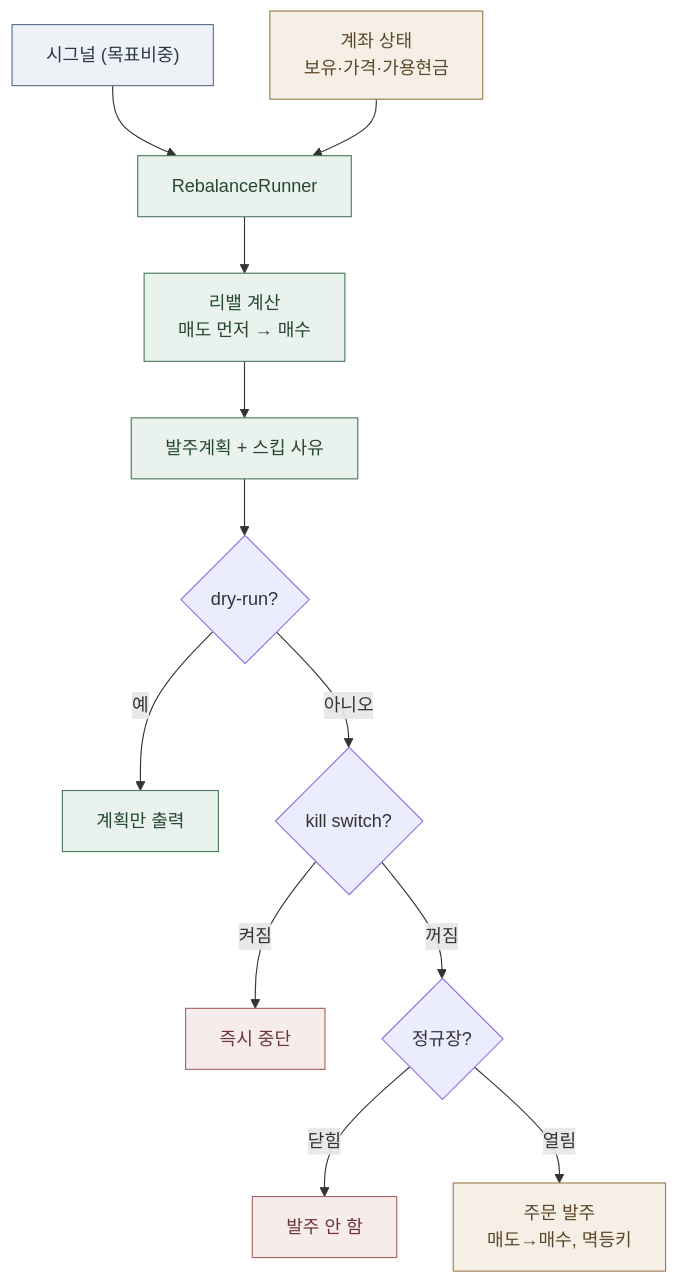
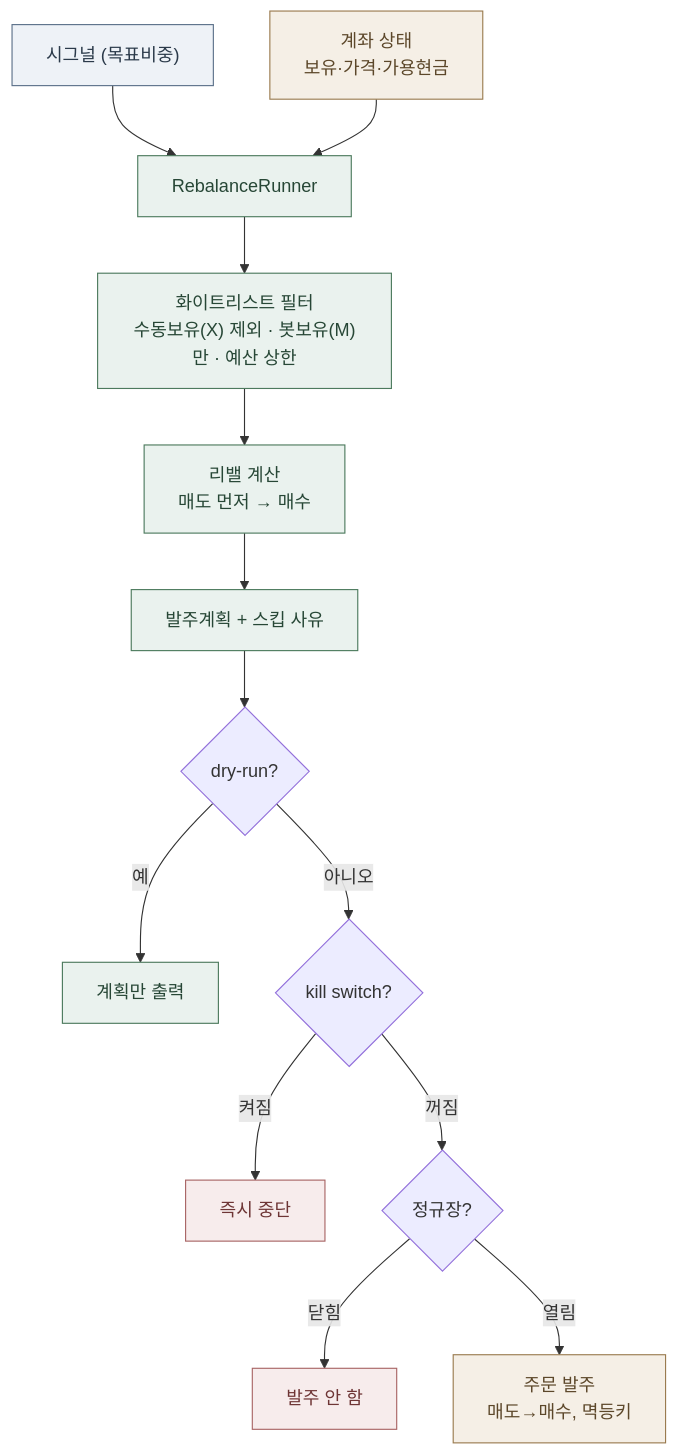
The third of 3 diagrams in ARCHITECTURE.md (perfectwan8765/auto-stock-trader), drawn with Mermaid before and after one commit. The commit also changed other lines of this file and 1 other file, not shown here.

First line of the commit message:
docs: README·ARCHITECTURE 화이트리스트(개선14) 반영

````diff
--- a/ARCHITECTURE.md
+++ b/ARCHITECTURE.md
@@ -120,19 +122,20 @@
 ```mermaid
 flowchart TD
   S["시그널 (목표비중)"]:::model --> R
   BK["계좌 상태<br/>보유·가격·가용현금"]:::broker --> R["RebalanceRunner"]:::exec
-  R --> C["리밸 계산<br/>매도 먼저 → 매수"]:::exec
+  R --> F["화이트리스트 필터<br/>수동보유(X) 제외 · 봇보유(M)만 · 예산 상한"]:::exec
+  F --> C["리밸 계산<br/>매도 먼저 → 매수"]:::exec
   C --> P["발주계획 + 스킵 사유"]:::exec
   P --> DR{"dry-run?"}
   DR -->|"예"| OUT["계획만 출력"]:::exec
   DR -->|"아니오"| K{"kill switch?"}
   K -->|"켜짐"| STOP["즉시 중단"]:::blocked
   K -->|"꺼짐"| MK{"정규장?"}
   MK -->|"닫힘"| AB["발주 안 함"]:::blocked
   MK -->|"열림"| PL["주문 발주<br/>매도→매수, 멱등키"]:::broker
 
   classDef model fill:#eef2f7,stroke:#5b7089,color:#2b3a4a
   classDef exec fill:#eaf2ee,stroke:#4c7a5d,color:#274736
   classDef broker fill:#f5efe6,stroke:#9a7b4f,color:#5c472a
   classDef blocked fill:#f7ecec,stroke:#a86464,color:#6e3535
 ```
````
